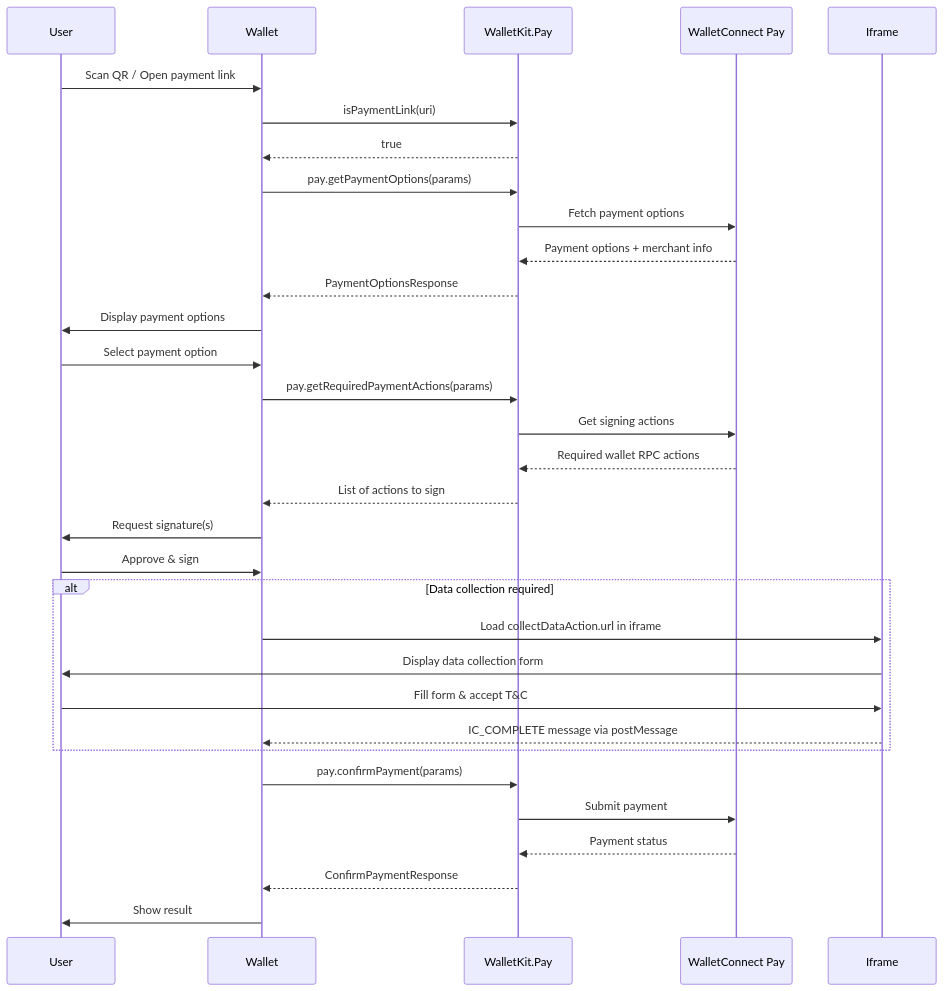
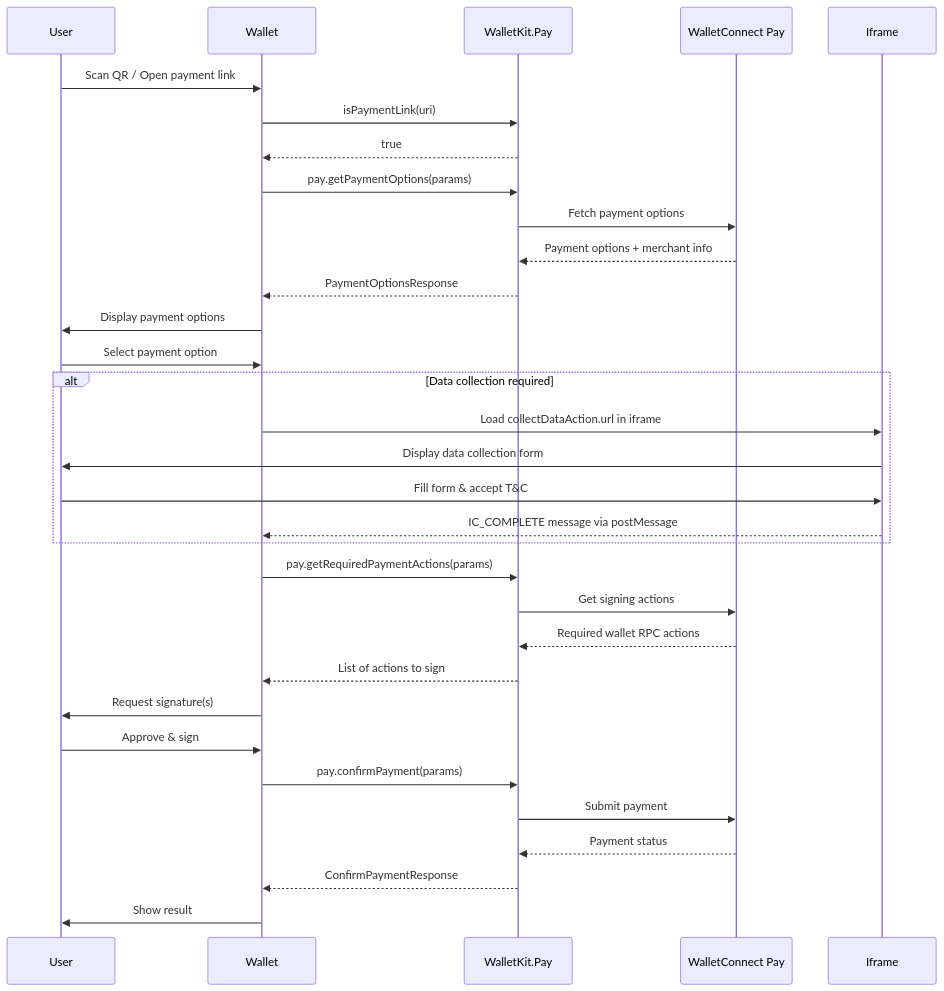
One commit to WalletConnect/docs changed the diagram in payments/wallets/walletkit/web.mdx. Above: the diagram before and after it, drawn with Mermaid. The commit also changed other lines of this file and 14 other files, not shown here.

First line of the commit message:
fix(wallets): capture Information Capture before /fetch in payment flow

````diff
--- a/payments/wallets/walletkit/web.mdx
+++ b/payments/wallets/walletkit/web.mdx
@@ -104,39 +104,40 @@
 ```mermaid
 sequenceDiagram
     participant User
     participant Wallet
     participant WalletKit as WalletKit.Pay
     participant Backend as WalletConnect Pay
     participant Iframe
 
     User->>Wallet: Scan QR / Open payment link
     Wallet->>WalletKit: isPaymentLink(uri)
     WalletKit-->>Wallet: true
     Wallet->>WalletKit: pay.getPaymentOptions(params)
     WalletKit->>Backend: Fetch payment options
     Backend-->>WalletKit: Payment options + merchant info
     WalletKit-->>Wallet: PaymentOptionsResponse
     Wallet->>User: Display payment options
     
     User->>Wallet: Select payment option
+
+    alt Data collection required
+        Wallet->>Iframe: Load collectDataAction.url in iframe
+        Iframe->>User: Display data collection form
+        User->>Iframe: Fill form & accept T&C
+        Iframe-->>Wallet: IC_COMPLETE message via postMessage
+    end
+
     Wallet->>WalletKit: pay.getRequiredPaymentActions(params)
     WalletKit->>Backend: Get signing actions
     Backend-->>WalletKit: Required wallet RPC actions
     WalletKit-->>Wallet: List of actions to sign
     
     Wallet->>User: Request signature(s)
     User->>Wallet: Approve & sign
     
-    alt Data collection required
-        Wallet->>Iframe: Load collectDataAction.url in iframe
-        Iframe->>User: Display data collection form
-        User->>Iframe: Fill form & accept T&C
-        Iframe-->>Wallet: IC_COMPLETE message via postMessage
-    end
-    
     Wallet->>WalletKit: pay.confirmPayment(params)
     WalletKit->>Backend: Submit payment
     Backend-->>WalletKit: Payment status
     WalletKit-->>Wallet: ConfirmPaymentResponse
     Wallet->>User: Show result
 ```
````
